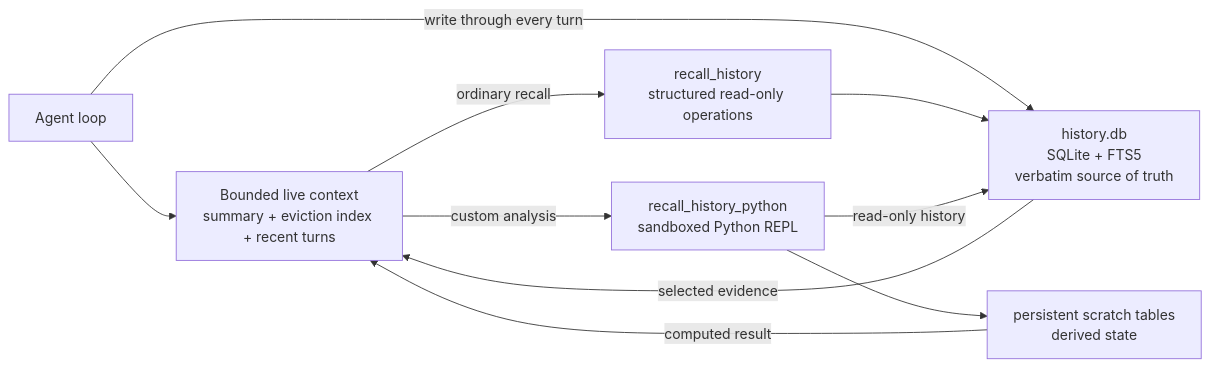
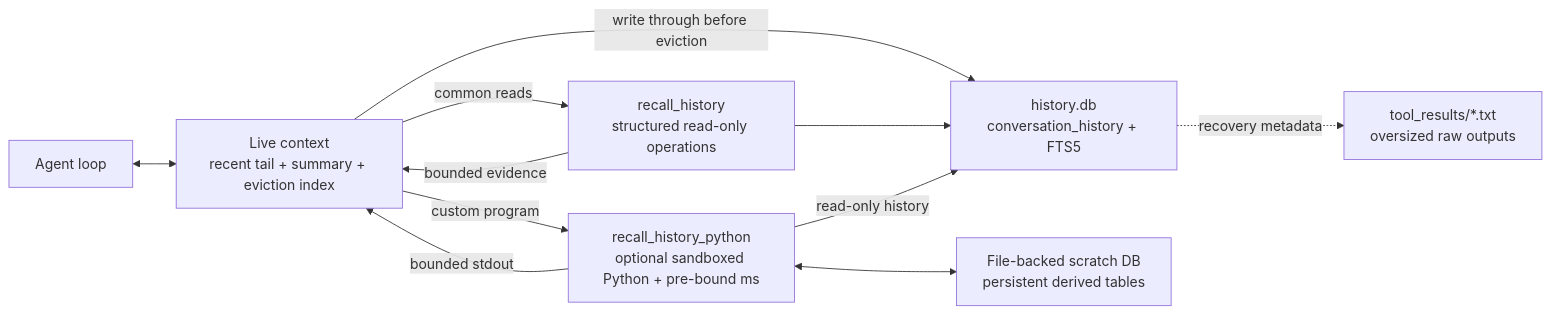
One commit to agentscope-ai/QwenPaw changed the first of 2 diagrams in website/public/blog/qwenpaw-scroll-executable-memory.en.md. Above: the diagram before and after it, drawn with Mermaid. The commit also changed other lines of this file and 1 other file, not shown here.

Commit message:
docs: update Scroll context management blog

````diff
--- a/website/public/blog/qwenpaw-scroll-executable-memory.en.md
+++ b/website/public/blog/qwenpaw-scroll-executable-memory.en.md
@@ -33,12 +27,20 @@
 ```mermaid
 flowchart LR
-    A[Agent loop] --> W["Bounded live context<br/>summary + eviction index + recent turns"]
-    A -->|write through every turn| H["history.db<br/>SQLite + FTS5<br/>verbatim source of truth"]
-    W -->|ordinary recall| R["recall_history<br/>structured read-only operations"]
-    W -->|custom analysis| P["recall_history_python<br/>sandboxed Python REPL"]
+    A["Agent loop"]
+    C["Live context<br/>recent tail + summary + eviction index"]
+    H["history.db<br/>conversation_history + FTS5"]
+    F["tool_results/*.txt<br/>oversized raw outputs"]
+    R["recall_history<br/>structured read-only operations"]
+    P["recall_history_python<br/>optional sandboxed Python + pre-bound ms"]
+    S["File-backed scratch DB<br/>persistent derived tables"]
+    A <--> C
+    C -->|write through before eviction| H
+    C -->|common reads| R
+    C -->|custom program| P
     R --> H
     P -->|read-only history| H
-    P --> S["persistent scratch tables<br/>derived state"]
-    H -->|selected evidence| W
-    S -->|computed result| W
+    P <--> S
+    H -. recovery metadata .-> F
+    R -->|bounded evidence| C
+    P -->|bounded stdout| C
 ```
````
